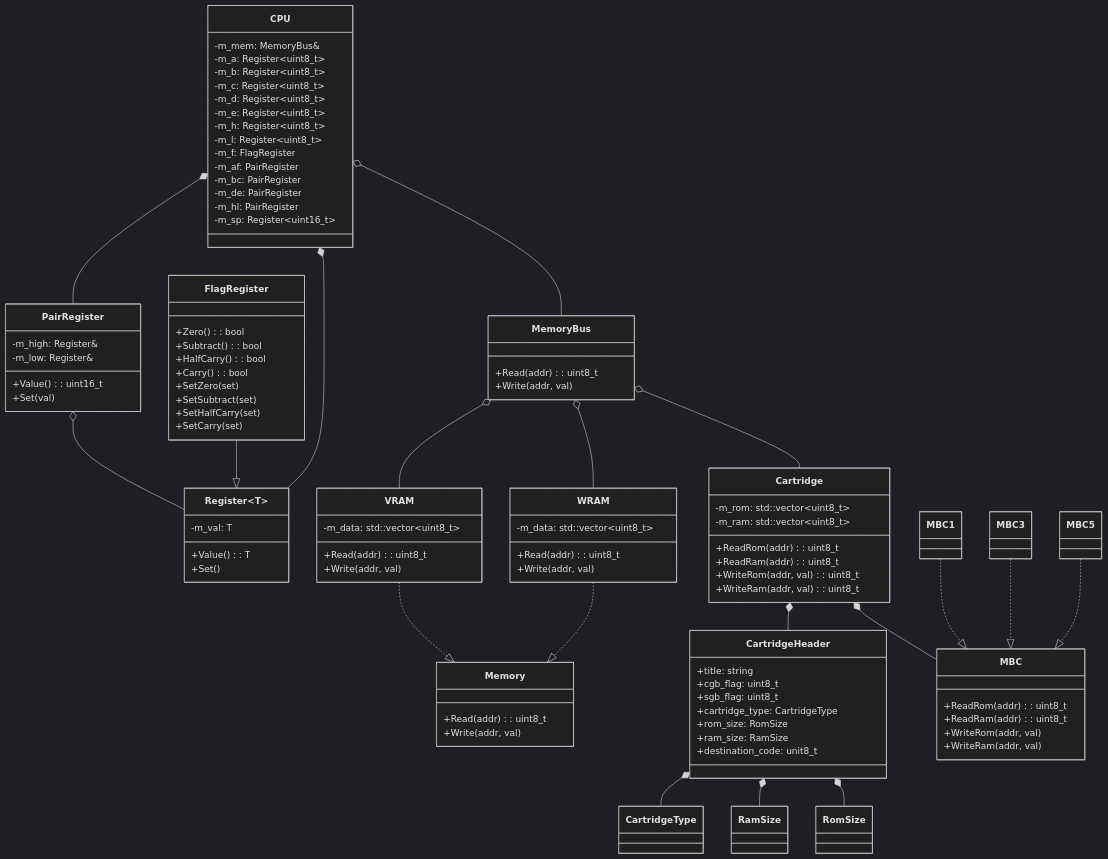
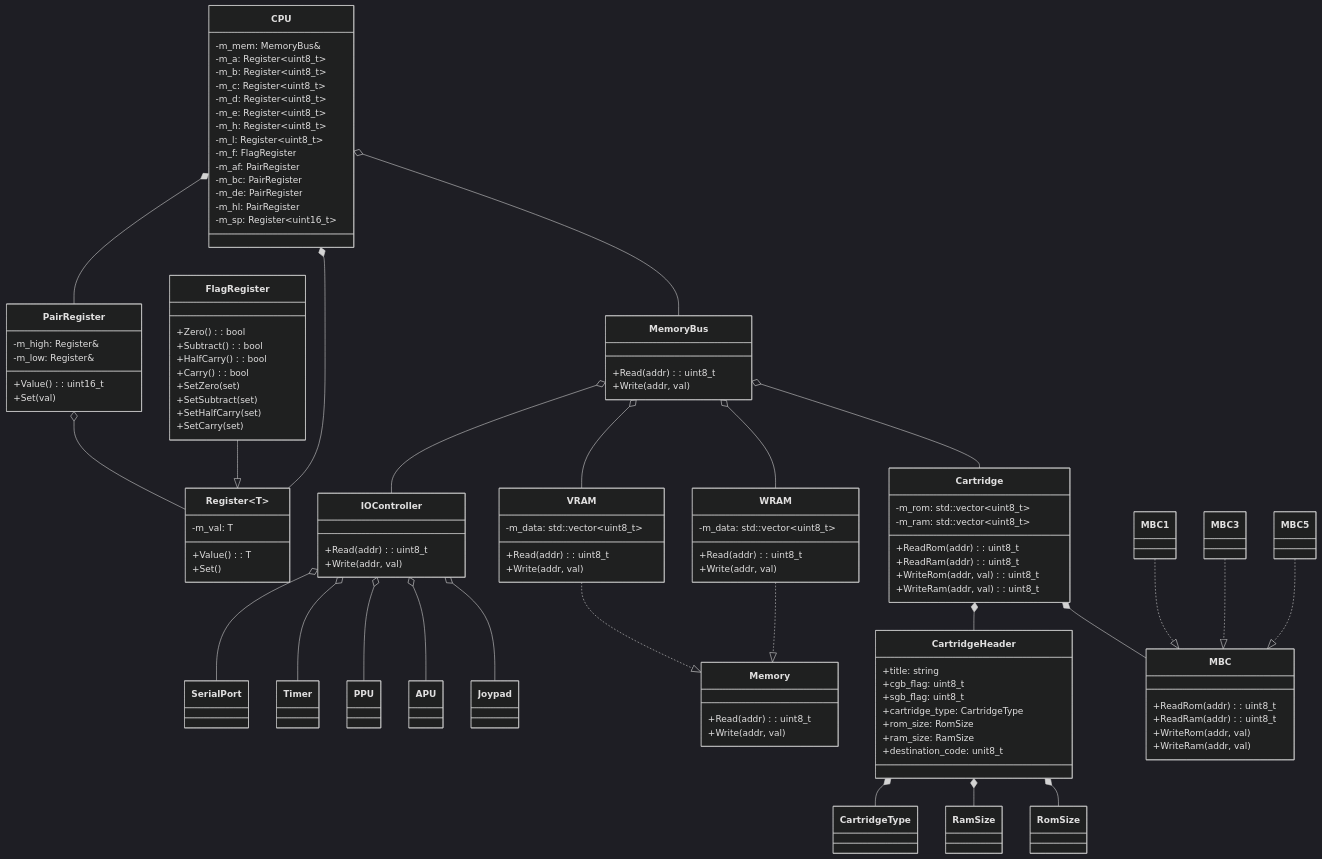
Before and after one commit to ShinraiYeen/Yeenboy: the diagram in README.md, drawn with Mermaid (dark theme).

Commit message:
Add IOController to diagram

```diff
--- a/README.md
+++ b/README.md
@@ -123,6 +123,17 @@
         -m_data: std::vector~uint8_t~
     }
 
+    class IOController {
+        +Read(addr): uint8_t
+        +Write(addr, val)
+    }
+    
+    class APU
+    class Timer
+    class PPU
+    class Joypad
+    class SerialPort
+
     class MBC {
         +ReadRom(addr): uint8_t
         +ReadRam(addr): uint8_t
@@ -143,6 +154,7 @@
     MemoryBus o-- Cartridge
     MemoryBus o-- WRAM
     MemoryBus o-- VRAM
+    MemoryBus o-- IOController
 
     CPU o-- MemoryBus
     CPU *-- Register
@@ -155,6 +167,11 @@
     CartridgeHeader *-- RamSize
     CartridgeHeader *-- CartridgeType
 
+    IOController o-- Joypad
+    IOController o-- APU
+    IOController o-- PPU
+    IOController o-- Timer
+    IOController o-- SerialPort
 
     PairRegister o-- Register
 
```
